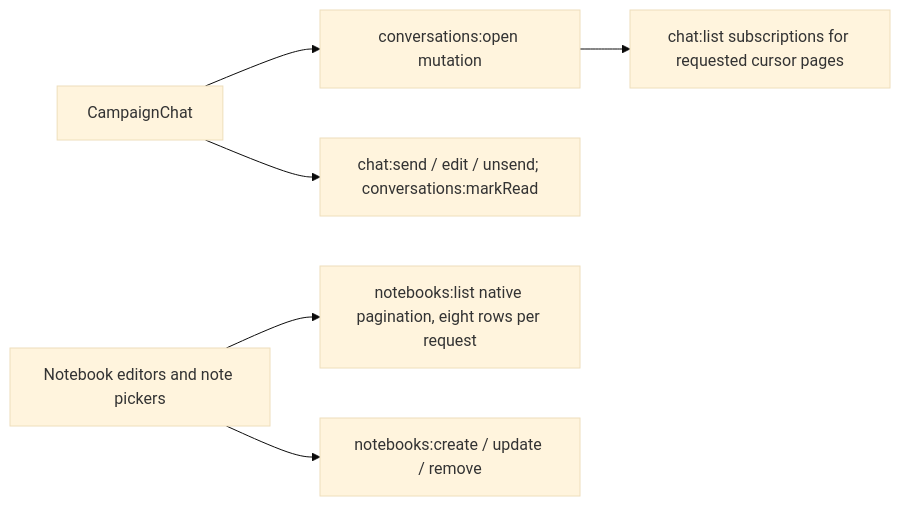
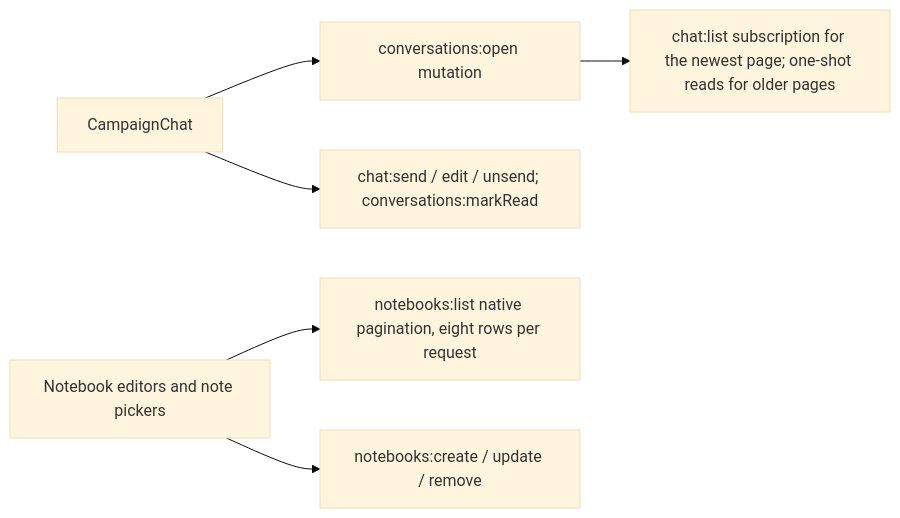
The second of 5 diagrams in docs/architecture/transport.md (MPiland/artificer-toolkit), drawn with Mermaid (base theme) before and after one commit. The commit also changed other lines of this file and 5 other files, not shown here.

First line of the commit message:
Document bounded chat reads and the derived unread count

````diff
--- a/docs/architecture/transport.md
+++ b/docs/architecture/transport.md
@@ -254,8 +254,8 @@
 ```mermaid
 flowchart LR
   chat["CampaignChat"] --> open["conversations:open mutation"]
-  open --> history["chat:list subscriptions for requested cursor pages"]
+  open --> history["chat:list subscription for the newest page; one-shot reads for older pages"]
   chat --> writes["chat:send / edit / unsend; conversations:markRead"]
   notes["Notebook editors and note pickers"] --> pages["notebooks:list native pagination, eight rows per request"]
   notes --> edits["notebooks:create / update / remove"]
 ```
````
